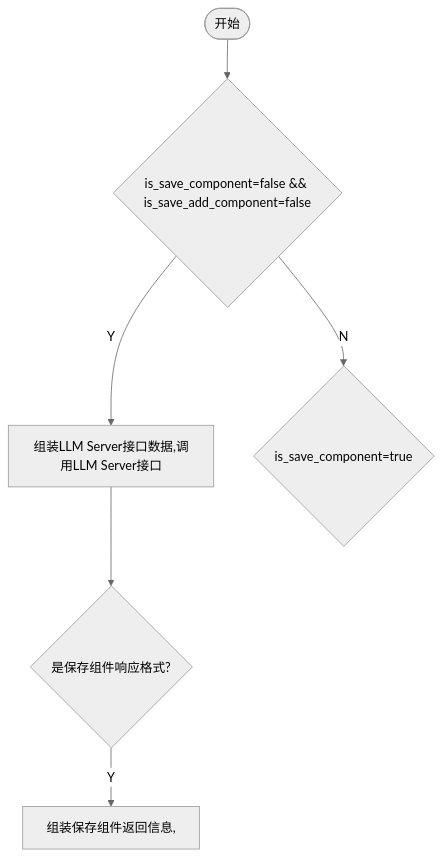
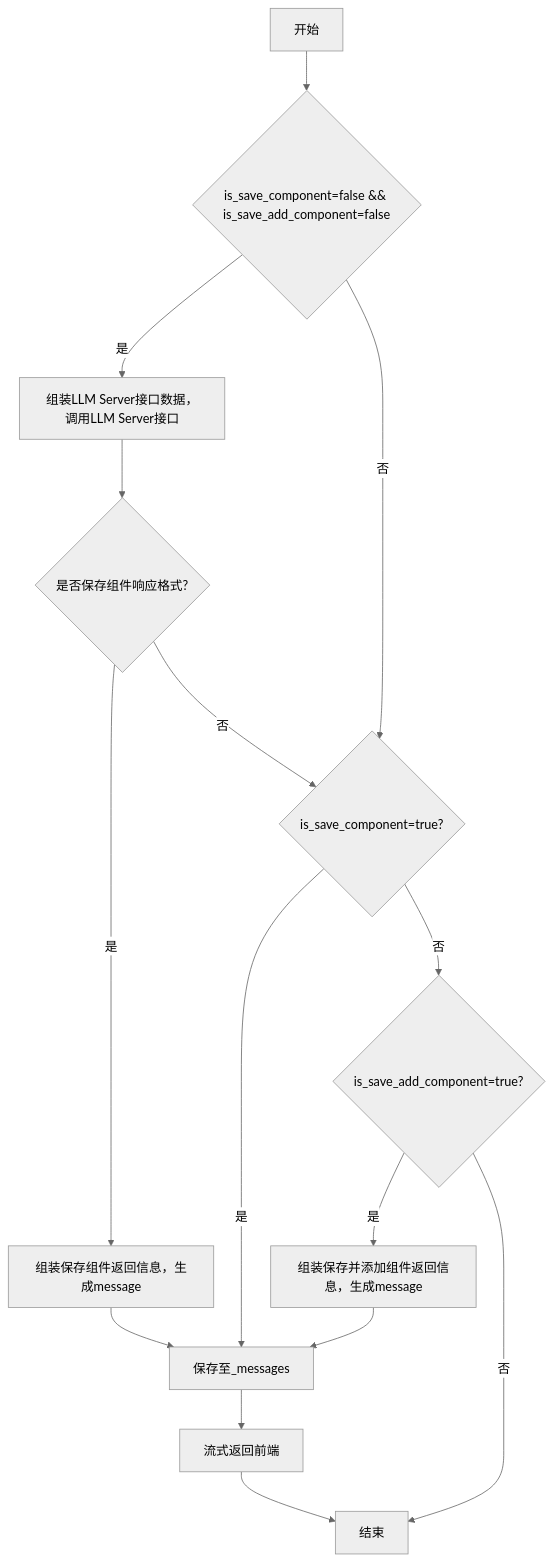
The diagram in all/未命名-7.md (yingjianzh/iodraw-files), drawn with Mermaid (neutral theme) before and after one commit.

Commit message:
2024-10-12 13:57:07 update

````diff
--- a/all/未命名-7.md
+++ b/all/未命名-7.md
@@ -1,10 +1,18 @@
 ```mermaid
 flowchart TD
-    A([开始]) --> B{is_save_component=false && is_save_add_component=false}
-    B -- Y --> C[组装LLM Server接口数据,调用LLM Server接口]
-    B -- N --> D{is_save_component=true}
-    C --> E{是保存组件响应格式?}
-    E -- Y --> F[组装保存组件返回信息,]
-    
+    A[开始] --> B{is_save_component=false && is_save_add_component=false}
+    B -- 是 --> C[组装LLM Server接口数据，调用LLM Server接口]
+    B -- 否 --> D{is_save_component=true?}
+    C --> E{是否保存组件响应格式?}
+    E -- 是 --> F[组装保存组件返回信息，生成message]
+    E -- 否 --> D
+    F --> G[保存至_messages]
+    G --> H[流式返回前端]
+    H --> I[结束]
+    D -- 是 --> G
+    D -- 否 --> J{is_save_add_component=true?}
+    J -- 是 --> K[组装保存并添加组件返回信息，生成message]
+    K --> G
+    J -- 否 --> I
 
 ```
````
